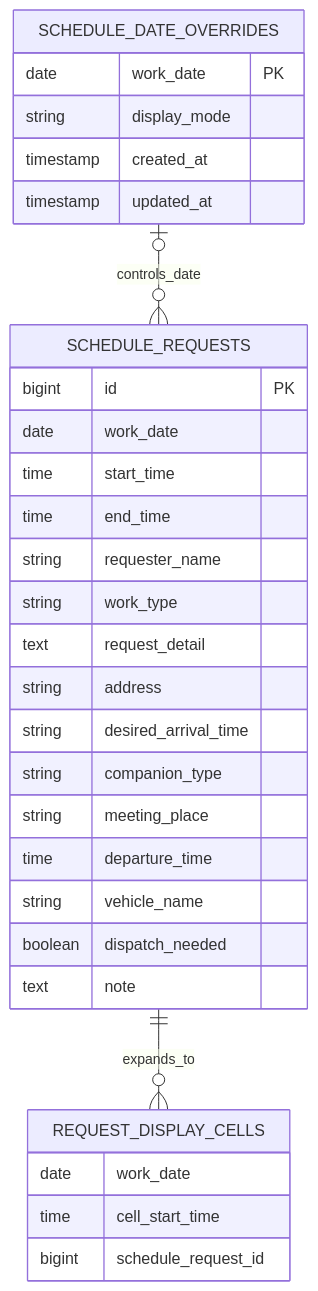
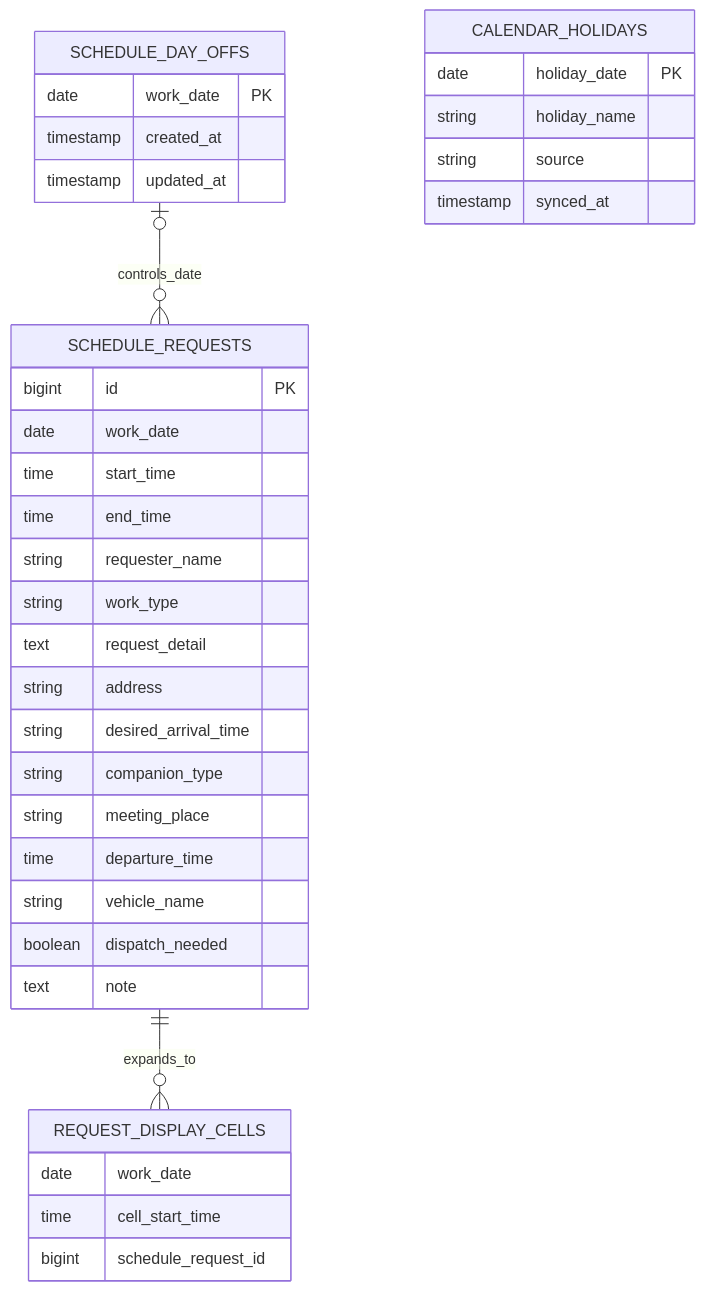
The diagram in docs/database-design.md (yuya-dev-dev/schedule-system), drawn with Mermaid before and after one commit. The commit also changed other lines of this file and 7 other files, not shown here.

Commit message:
docs: integrate external holiday calendar

````diff
--- a/docs/database-design.md
+++ b/docs/database-design.md
@@ -11,36 +11,42 @@
 ```mermaid
 erDiagram
     SCHEDULE_REQUESTS ||--o{ REQUEST_DISPLAY_CELLS : expands_to
-    SCHEDULE_DATE_OVERRIDES o|--o{ SCHEDULE_REQUESTS : controls_date
+    SCHEDULE_DAY_OFFS o|--o{ SCHEDULE_REQUESTS : controls_date
 
     SCHEDULE_REQUESTS {
         bigint id PK
         date work_date
         time start_time
         time end_time
         string requester_name
         string work_type
         text request_detail
         string address
         string desired_arrival_time
         string companion_type
         string meeting_place
         time departure_time
         string vehicle_name
         boolean dispatch_needed
         text note
     }
 
     REQUEST_DISPLAY_CELLS {
         date work_date
         time cell_start_time
         bigint schedule_request_id
     }
 
-    SCHEDULE_DATE_OVERRIDES {
+    SCHEDULE_DAY_OFFS {
         date work_date PK
-        string display_mode
         timestamp created_at
         timestamp updated_at
     }
+
+    CALENDAR_HOLIDAYS {
+        date holiday_date PK
+        string holiday_name
+        string source
+        timestamp synced_at
+    }
 ```
````
